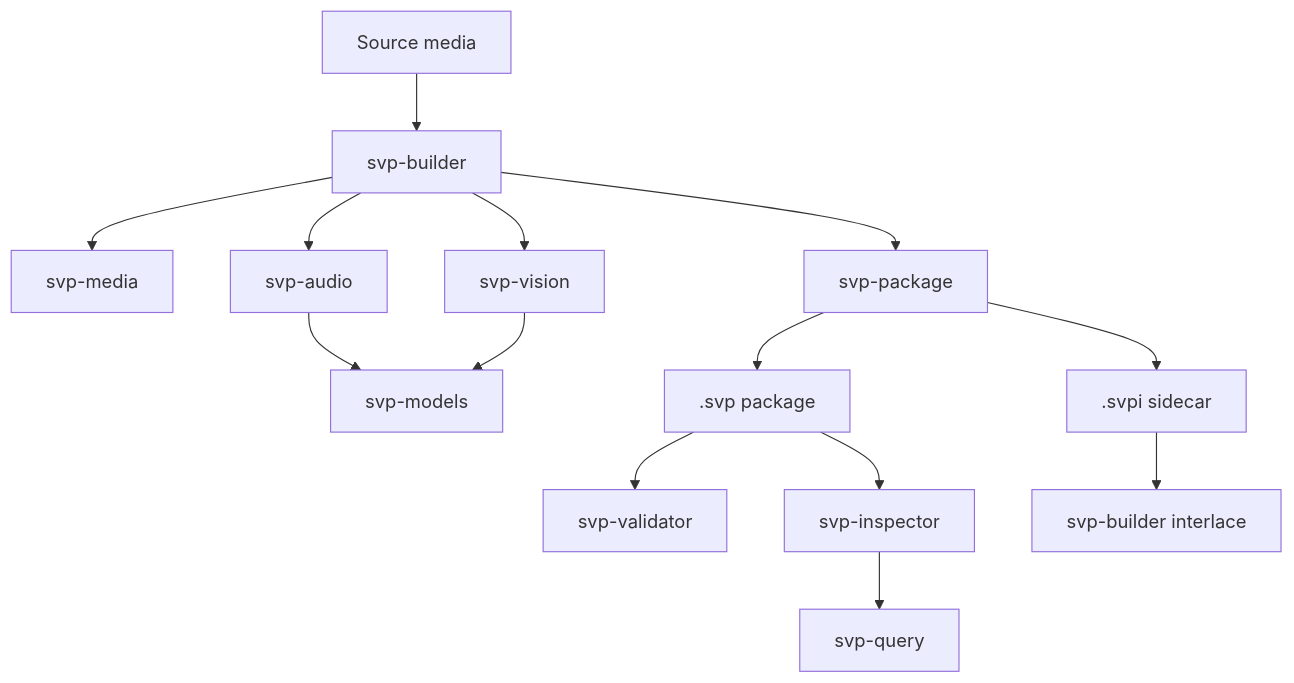
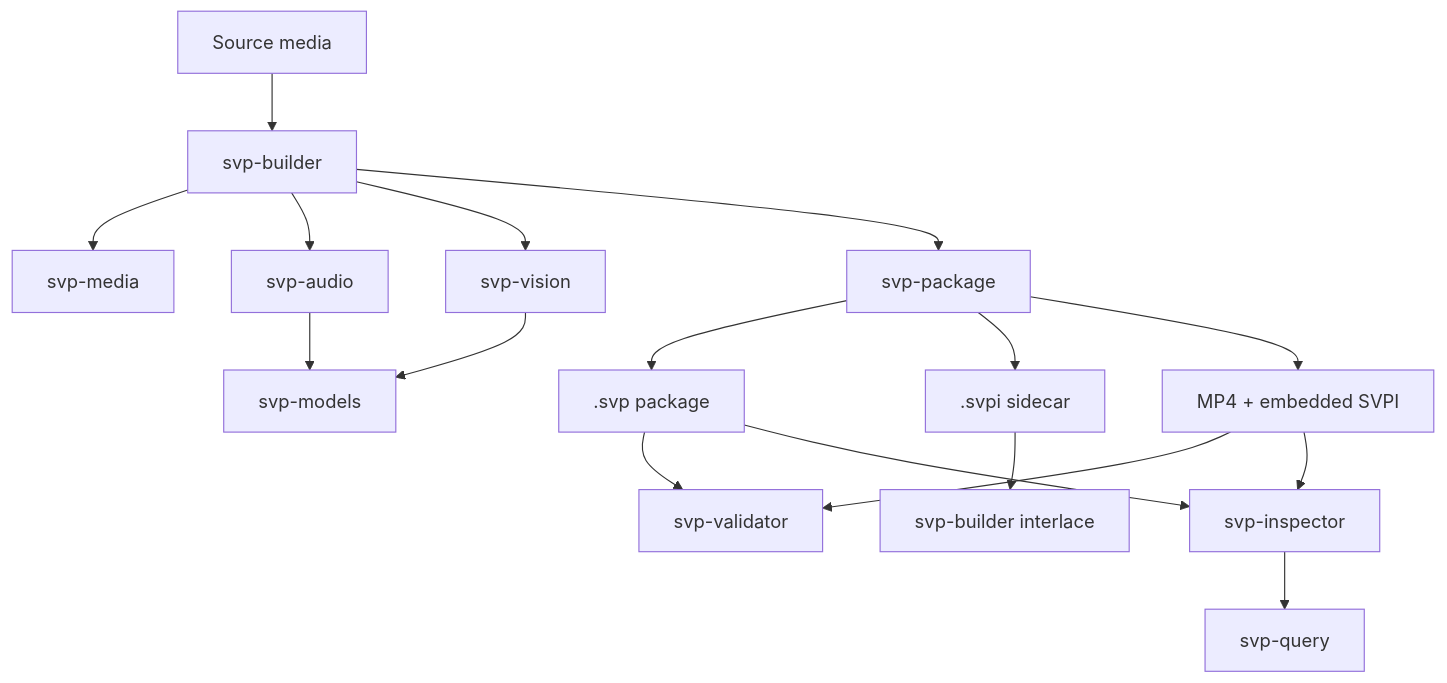
The diagram in README.md (semanticvideo/svp), drawn with Mermaid before and after one commit. The commit also changed other lines of this file and 4 other files, not shown here.

First line of the commit message:
docs(svpi): specify embedded MP4 profile

````diff
--- a/README.md
+++ b/README.md
@@ -127,16 +144,19 @@
 ```mermaid
 flowchart TD
     Source["Source media"] --> Builder["svp-builder"]
     Builder --> Media["svp-media"]
     Builder --> Audio["svp-audio"]
     Builder --> Vision["svp-vision"]
     Builder --> Package["svp-package"]
     Audio --> Models["svp-models"]
     Vision --> Models
     Package --> SVP[".svp package"]
     Package --> SVPI[".svpi sidecar"]
+    Package --> Embedded["MP4 + embedded SVPI"]
     SVP --> Validator["svp-validator"]
     SVPI --> Interlace["svp-builder interlace"]
+    Embedded --> Validator
+    Embedded --> Inspector
     SVP --> Inspector["svp-inspector"]
     Inspector --> Query["svp-query"]
 ```
````
